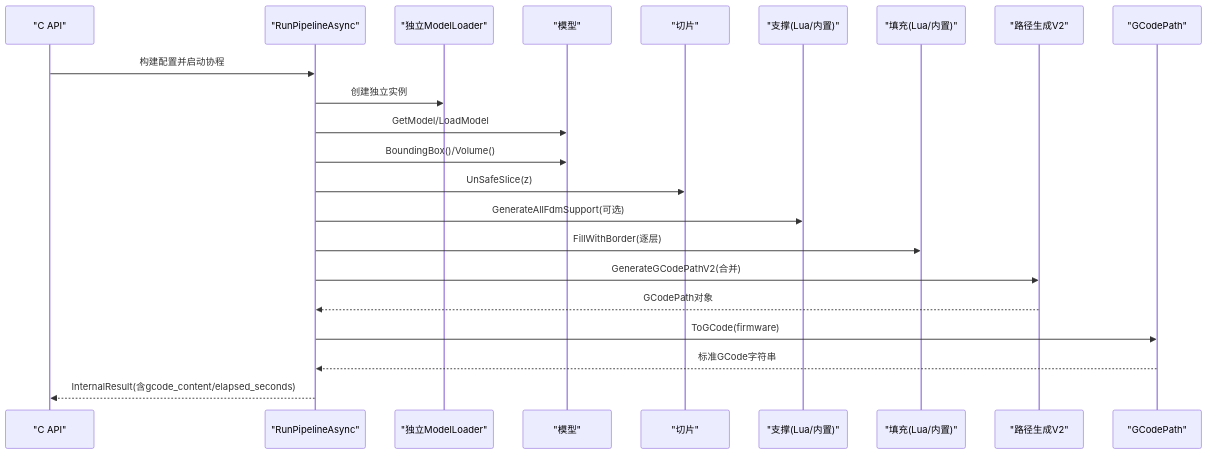
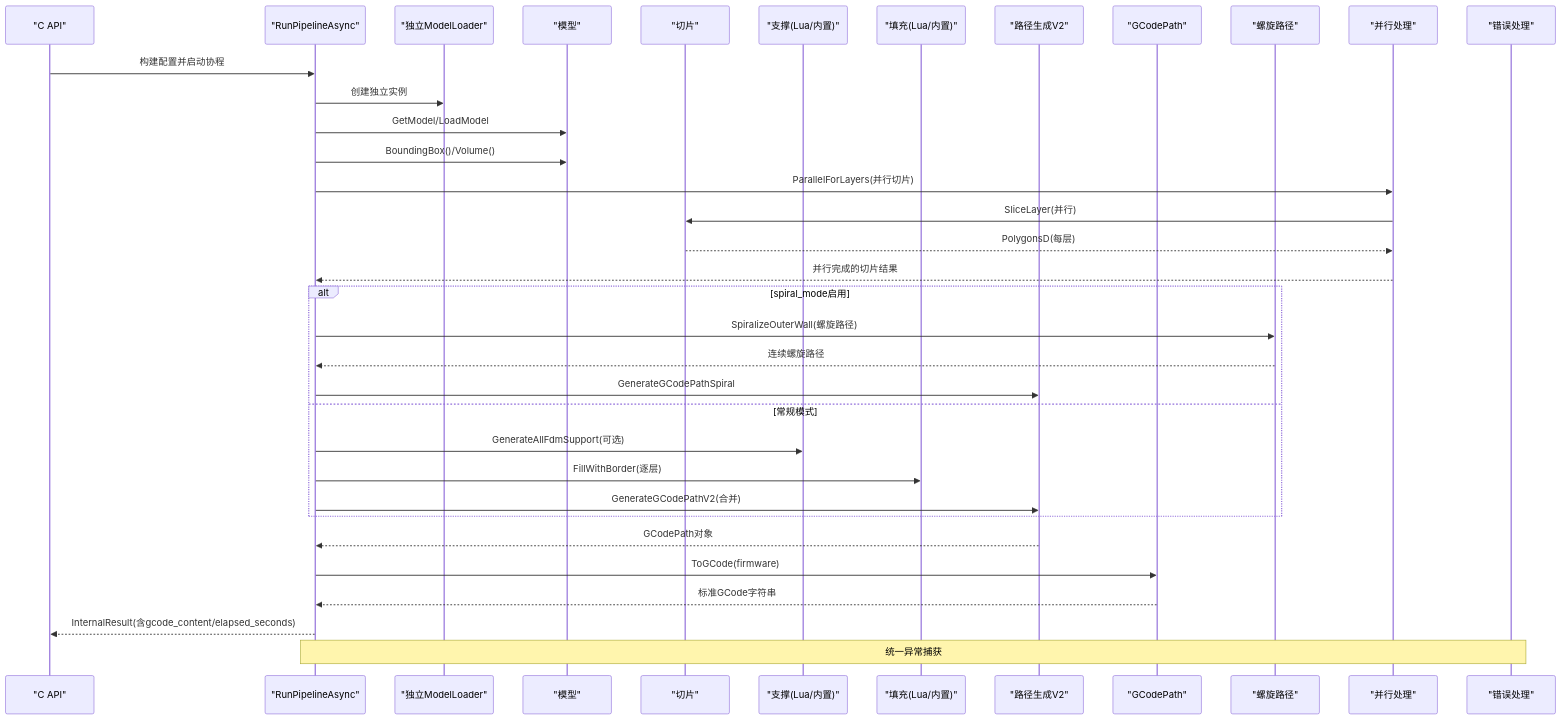
Diagram 13 of 15 in .qoder/repowiki/zh/content/核心模块详解/FDM打印流水线.md (hsmbanlance/HsBaSlicer), drawn with Mermaid before and after one commit. The commit also changed other lines of this file and 20 other files, not shown here.

````diff
--- a/.qoder/repowiki/zh/content/核心模块详解/FDM打印流水线.md
+++ b/.qoder/repowiki/zh/content/核心模块详解/FDM打印流水线.md
@@ -478,24 +715,37 @@
 ```mermaid
 sequenceDiagram
 participant C as "C API"
 participant P as "RunPipelineAsync"
 participant ML as "独立ModelLoader"
 participant M as "模型"
 participant S as "切片"
 participant U as "支撑(Lua/内置)"
 participant F as "填充(Lua/内置)"
 participant G as "路径生成V2"
 participant GP as "GCodePath"
+participant SP as "螺旋路径"
+participant PL as "并行处理"
+participant E as "错误处理"
 C->>P : 构建配置并启动协程
 P->>ML : 创建独立实例
 P->>M : GetModel/LoadModel
 P->>M : BoundingBox()/Volume()
-P->>S : UnSafeSlice(z)
+P->>PL : ParallelForLayers(并行切片)
+PL->>S : SliceLayer(并行)
+S-->>PL : PolygonsD(每层)
+PL-->>P : 并行完成的切片结果
+alt spiral_mode启用
+P->>SP : SpiralizeOuterWall(螺旋路径)
+SP-->>P : 连续螺旋路径
+P->>G : GenerateGCodePathSpiral
+else 常规模式
 P->>U : GenerateAllFdmSupport(可选)
 P->>F : FillWithBorder(逐层)
 P->>G : GenerateGCodePathV2(合并)
+end
 G-->>P : GCodePath对象
 P->>GP : ToGCode(firmware)
 GP-->>P : 标准GCode字符串
 P-->>C : InternalResult(含gcode_content/elapsed_seconds)
+Note over P,E : 统一异常捕获
 ```
````
